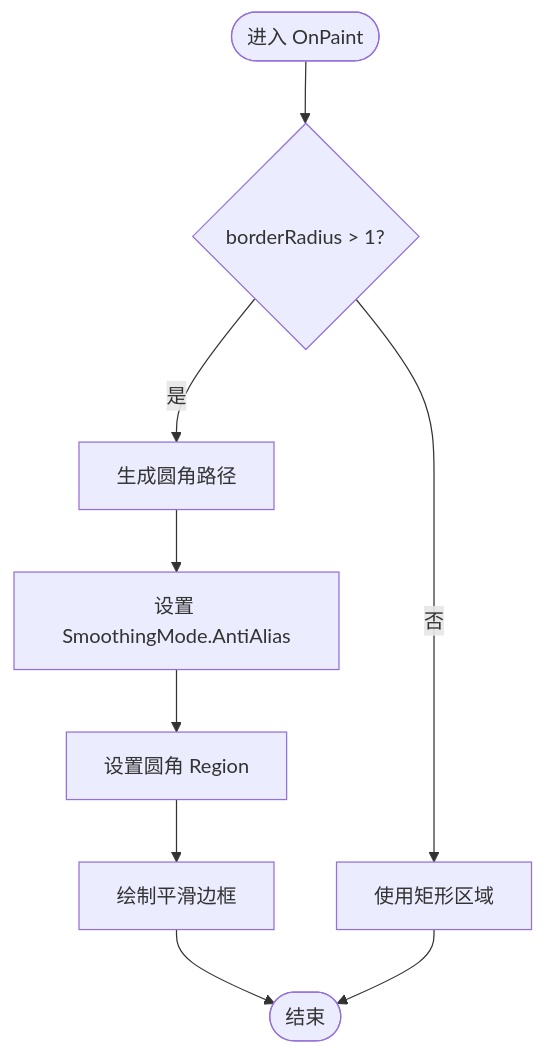
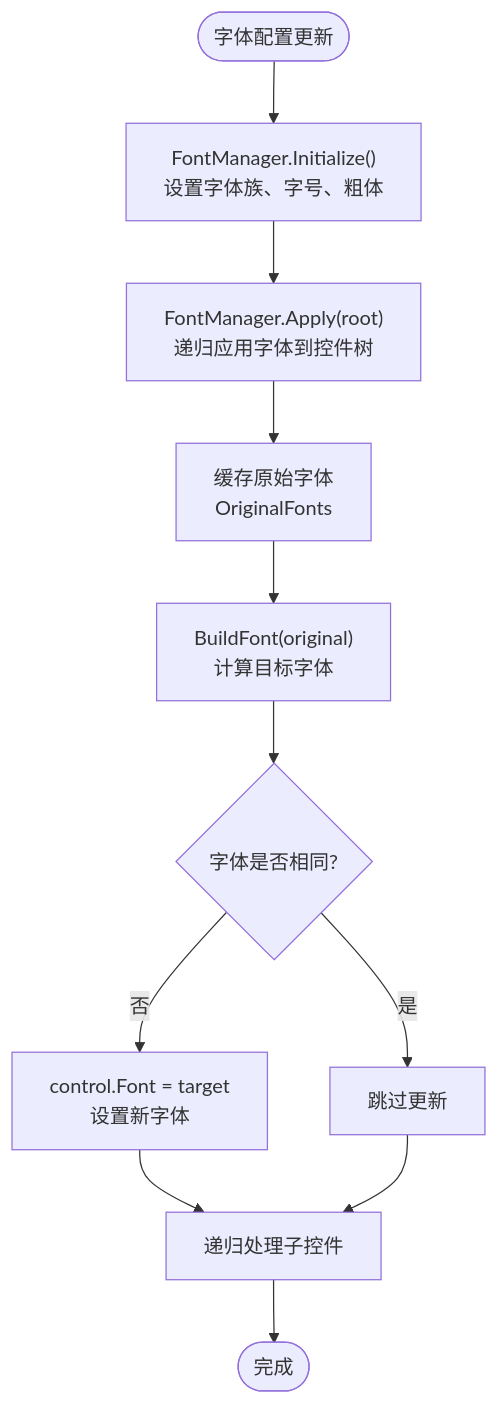
Before and after one commit to tea4go/Macro-Deck: diagram 11 of 12 in .qoder/repowiki/zh/content/图形用户界面/自定义控件/自定义控件.md, drawn with Mermaid. The commit also changed other lines of this file and 63 other files, not shown here.

````diff
--- a/.qoder/repowiki/zh/content/图形用户界面/自定义控件/自定义控件.md
+++ b/.qoder/repowiki/zh/content/图形用户界面/自定义控件/自定义控件.md
@@ -565,11 +601,13 @@
 ```mermaid
 flowchart TD
-Start(["进入 OnPaint"]) --> Check{"borderRadius > 1?"}
-Check --> |是| Path["生成圆角路径"]
-Path --> Smooth["设置 SmoothingMode.AntiAlias"]
-Smooth --> Region["设置圆角 Region"]
-Region --> Border["绘制平滑边框"]
-Border --> End(["结束"])
-Check --> |否| Rect["使用矩形区域"]
-Rect --> End
+Start(["字体配置更新"]) --> Init["FontManager.Initialize()<br/>设置字体族、字号、粗体"]
+Init --> Apply["FontManager.Apply(root)<br/>递归应用字体到控件树"]
+Apply --> Cache["缓存原始字体<br/>OriginalFonts"]
+Cache --> Build["BuildFont(original)<br/>计算目标字体"]
+Build --> Compare{"字体是否相同?"}
+Compare --> |否| Set["control.Font = target<br/>设置新字体"]
+Compare --> |是| Skip["跳过更新"]
+Set --> Recurse["递归处理子控件"]
+Skip --> Recurse
+Recurse --> End(["完成"])
 ```
````
